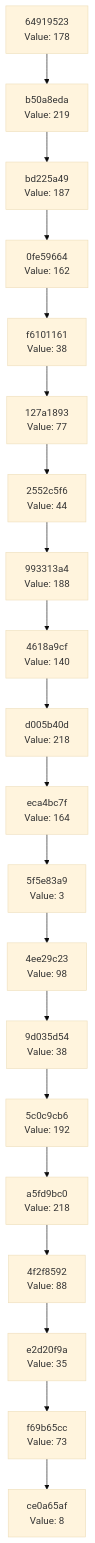
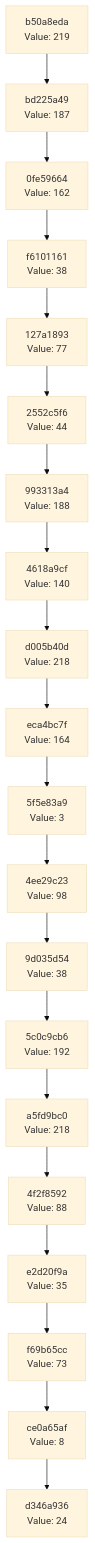
Before and after one commit to Abhisheksinha1506/hash-chain-evolver: the diagram in docs/CHAIN_VISUALIZATION.md, drawn with Mermaid (base theme). The commit also changed 2 other files, not shown here.

Commit message:
Evolution Step

````diff
--- a/docs/CHAIN_VISUALIZATION.md
+++ b/docs/CHAIN_VISUALIZATION.md
@@ -3,42 +3,42 @@
 ```mermaid
 graph TD
-    C0["ce0a65af<br/>Value: 8"]
-    C1["f69b65cc<br/>Value: 73"]
+    C0["d346a936<br/>Value: 24"]
+    C1["ce0a65af<br/>Value: 8"]
     C1 --> C0
-    C2["e2d20f9a<br/>Value: 35"]
+    C2["f69b65cc<br/>Value: 73"]
     C2 --> C1
-    C3["4f2f8592<br/>Value: 88"]
+    C3["e2d20f9a<br/>Value: 35"]
     C3 --> C2
-    C4["a5fd9bc0<br/>Value: 218"]
+    C4["4f2f8592<br/>Value: 88"]
     C4 --> C3
-    C5["5c0c9cb6<br/>Value: 192"]
+    C5["a5fd9bc0<br/>Value: 218"]
     C5 --> C4
-    C6["9d035d54<br/>Value: 38"]
+    C6["5c0c9cb6<br/>Value: 192"]
     C6 --> C5
-    C7["4ee29c23<br/>Value: 98"]
+    C7["9d035d54<br/>Value: 38"]
     C7 --> C6
-    C8["5f5e83a9<br/>Value: 3"]
+    C8["4ee29c23<br/>Value: 98"]
     C8 --> C7
-    C9["eca4bc7f<br/>Value: 164"]
+    C9["5f5e83a9<br/>Value: 3"]
     C9 --> C8
-    C10["d005b40d<br/>Value: 218"]
+    C10["eca4bc7f<br/>Value: 164"]
     C10 --> C9
-    C11["4618a9cf<br/>Value: 140"]
+    C11["d005b40d<br/>Value: 218"]
     C11 --> C10
-    C12["993313a4<br/>Value: 188"]
+    C12["4618a9cf<br/>Value: 140"]
     C12 --> C11
-    C13["2552c5f6<br/>Value: 44"]
+    C13["993313a4<br/>Value: 188"]
     C13 --> C12
-    C14["127a1893<br/>Value: 77"]
+    C14["2552c5f6<br/>Value: 44"]
     C14 --> C13
-    C15["f6101161<br/>Value: 38"]
+    C15["127a1893<br/>Value: 77"]
     C15 --> C14
-    C16["0fe59664<br/>Value: 162"]
+    C16["f6101161<br/>Value: 38"]
     C16 --> C15
-    C17["bd225a49<br/>Value: 187"]
+    C17["0fe59664<br/>Value: 162"]
     C17 --> C16
-    C18["b50a8eda<br/>Value: 219"]
+    C18["bd225a49<br/>Value: 187"]
     C18 --> C17
-    C19["64919523<br/>Value: 178"]
+    C19["b50a8eda<br/>Value: 219"]
     C19 --> C18
 ```
````
